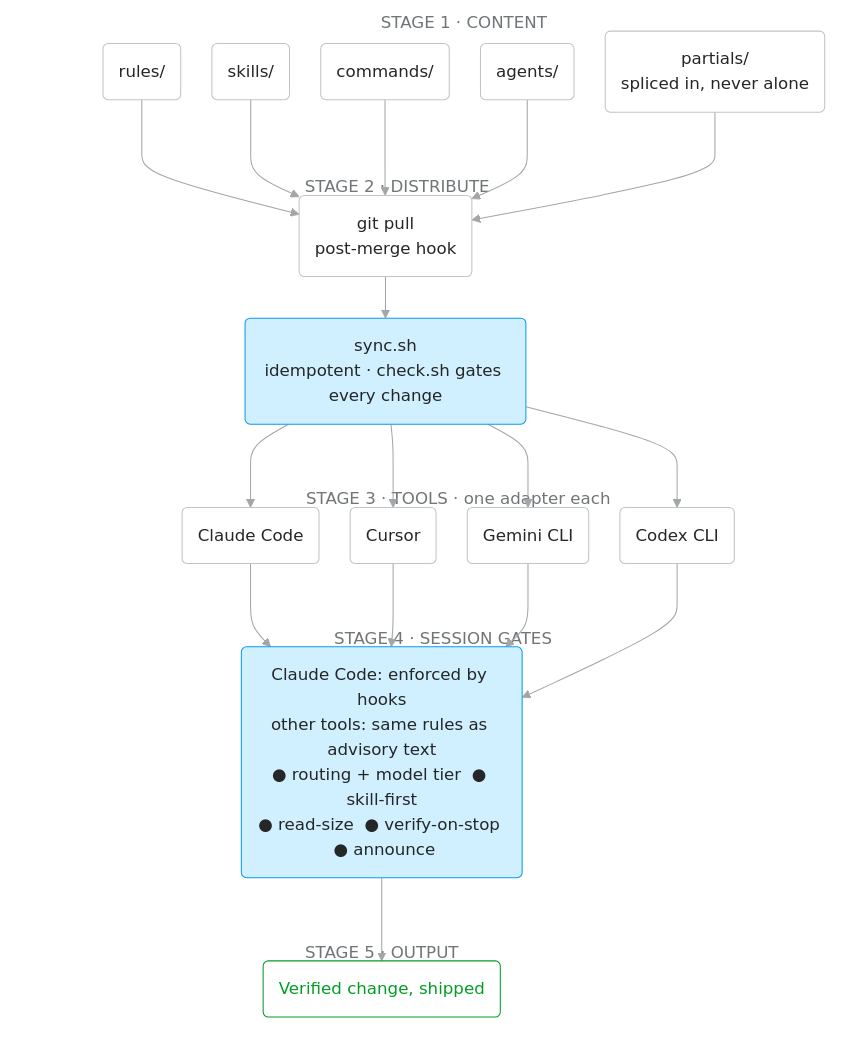
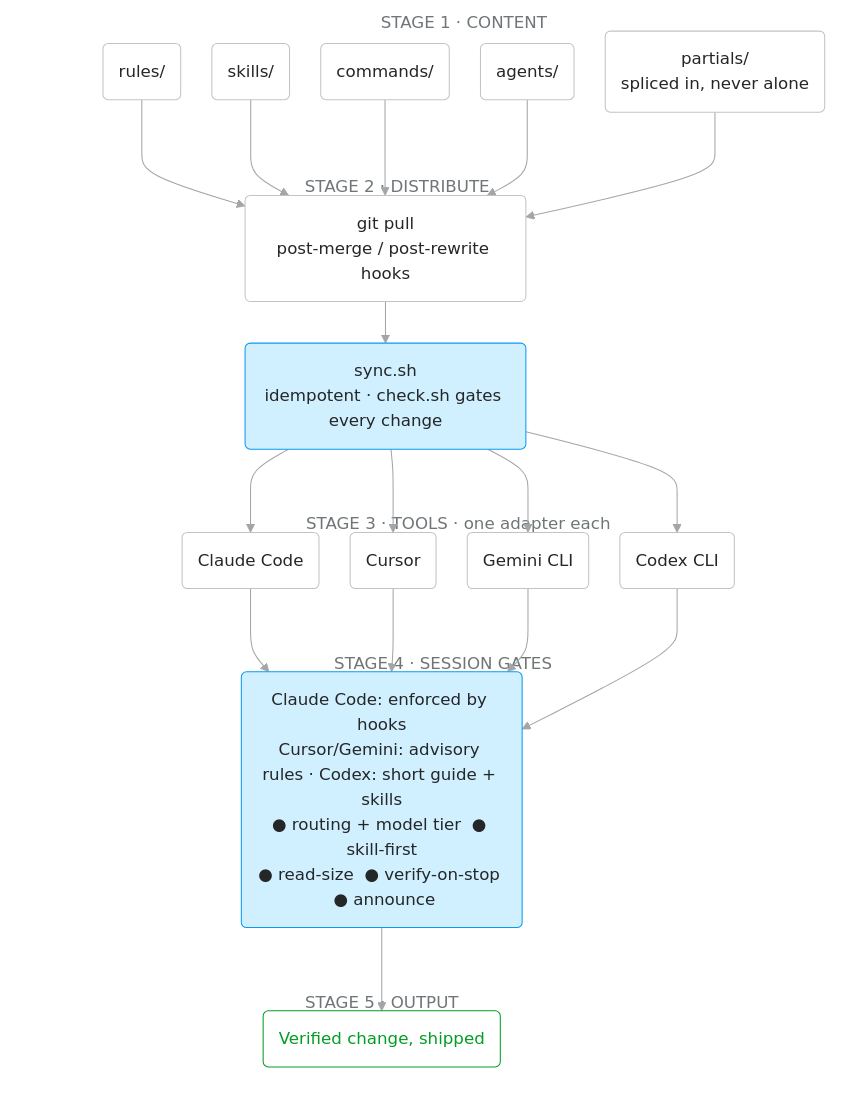
One commit to raditia/CraftKit changed the first of 13 diagrams in README.md. Above: the diagram before and after it, drawn with Mermaid. The commit also changed other lines of this file and 10 other files, not shown here.

First line of the commit message:
feat: install CraftKit workflows as native Codex skills (#24)

````diff
--- a/README.md
+++ b/README.md
@@ -161,63 +161,63 @@
 ```mermaid
 ---
 config:
   theme: base
   look: classic
   fontFamily: "-apple-system, BlinkMacSystemFont, Segoe UI, Helvetica, Arial, sans-serif"
   themeVariables:
     fontFamily: "-apple-system, BlinkMacSystemFont, Segoe UI, Helvetica, Arial, sans-serif"
     fontSize: 16px
     primaryColor: "#FFFFFF"
     primaryBorderColor: "#C1C4C6"
     primaryTextColor: "#242628"
     lineColor: "#A2A6A8"
     clusterBkg: "#F5FBFF"
     clusterBorder: "#F0F1F2"
     titleColor: "#707577"
     edgeLabelBackground: "#FFFFFF"
   flowchart:
     curve: basis
     wrappingWidth: 240
     nodeSpacing: 30
     rankSpacing: 40
 ---
 flowchart TB
     subgraph S1["STAGE 1 · CONTENT"]
         c1("rules/")
         c2("skills/")
         c3("commands/")
         c4("agents/")
         c5("partials/<br/>spliced in, never alone")
     end
     subgraph S2["STAGE 2 · DISTRIBUTE"]
-        pull("git pull<br/>post-merge hook") --> sync("sync.sh<br/>idempotent · check.sh gates every change")
+        pull("git pull<br/>post-merge / post-rewrite hooks") --> sync("sync.sh<br/>idempotent · check.sh gates every change")
     end
     subgraph S3["STAGE 3 · TOOLS · one adapter each"]
         t1("Claude Code")
         t2("Cursor")
         t3("Gemini CLI")
         t4("Codex CLI")
     end
     subgraph S4["STAGE 4 · SESSION GATES"]
-        gates("Claude Code: enforced by hooks<br/>other tools: same rules as advisory text<br/>● routing + model tier  ● skill-first<br/>● read-size  ● verify-on-stop  ● announce")
+        gates("Claude Code: enforced by hooks<br/>Cursor/Gemini: advisory rules · Codex: short guide + skills<br/>● routing + model tier  ● skill-first<br/>● read-size  ● verify-on-stop  ● announce")
     end
     subgraph S5["STAGE 5 · OUTPUT"]
         out("Verified change, shipped")
     end
     c1 & c2 & c3 & c4 & c5 --> pull
     sync --> t1 & t2 & t3 & t4
     t1 & t2 & t3 & t4 --> gates
     gates --> out
 
     classDef n fill:#FFFFFF,stroke:#C1C4C6,color:#242628
     classDef key fill:#D1F0FF,stroke:#0A9AF2,color:#242628
     classDef ok fill:#FFFFFF,stroke:#029D24,color:#029D24
     class c1,c2,c3,c4,c5,pull,t1,t2,t3,t4 n
     class sync,gates key
     class out ok
     style S1 fill:transparent,stroke:transparent
     style S2 fill:transparent,stroke:transparent
     style S3 fill:transparent,stroke:transparent
     style S4 fill:transparent,stroke:transparent
     style S5 fill:transparent,stroke:transparent
 ```
````
